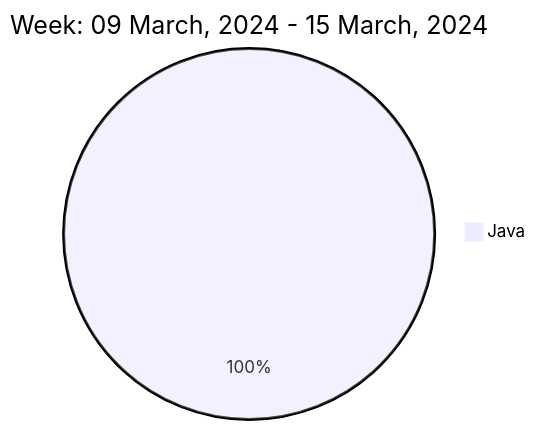
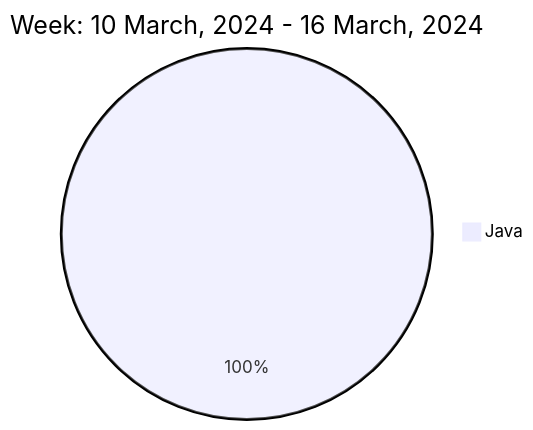
Before and after one commit to liubin95/liubin95: the diagram in README.md, drawn with Mermaid.

Commit message:
Updated the Graph with new Metrics

````diff
--- a/README.md
+++ b/README.md
@@ -37,5 +37,5 @@
 ```mermaid
  pie
-title Week: 09 March, 2024 - 15 March, 2024
+title Week: 10 March, 2024 - 16 March, 2024
  "Java" : 0.72
 ```
````
